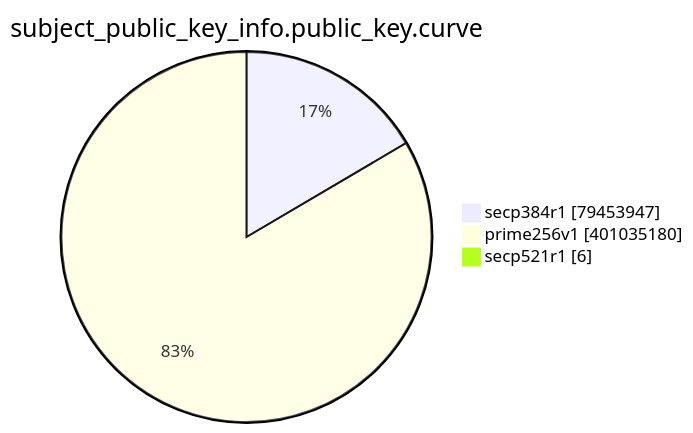
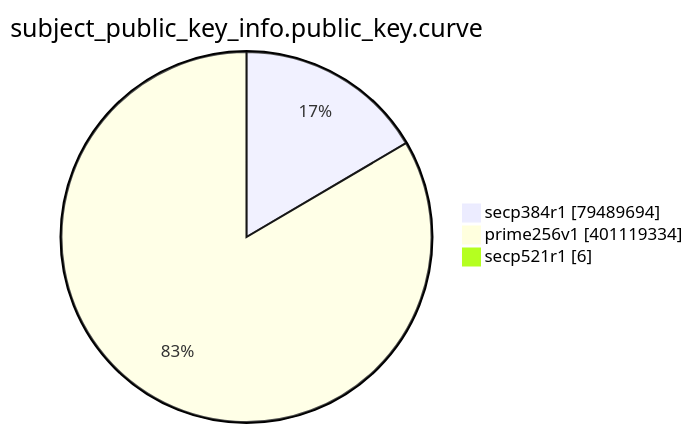
The eighth of 15 diagrams in TOTAL/README.md (christiankrug/ctmonitor_visualization), drawn with Mermaid before and after one commit. The commit also changed other lines of this file, not shown here.

````diff
--- a/TOTAL/README.md
+++ b/TOTAL/README.md
@@ -3095,7 +3095,7 @@
 ```mermaid
 pie showData
 title subject_public_key_info.public_key.curve
-"secp384r1" :79453947
-"prime256v1" :401035180
+"secp384r1" :79489694
+"prime256v1" :401119334
 "secp521r1" :6
 ```
````
